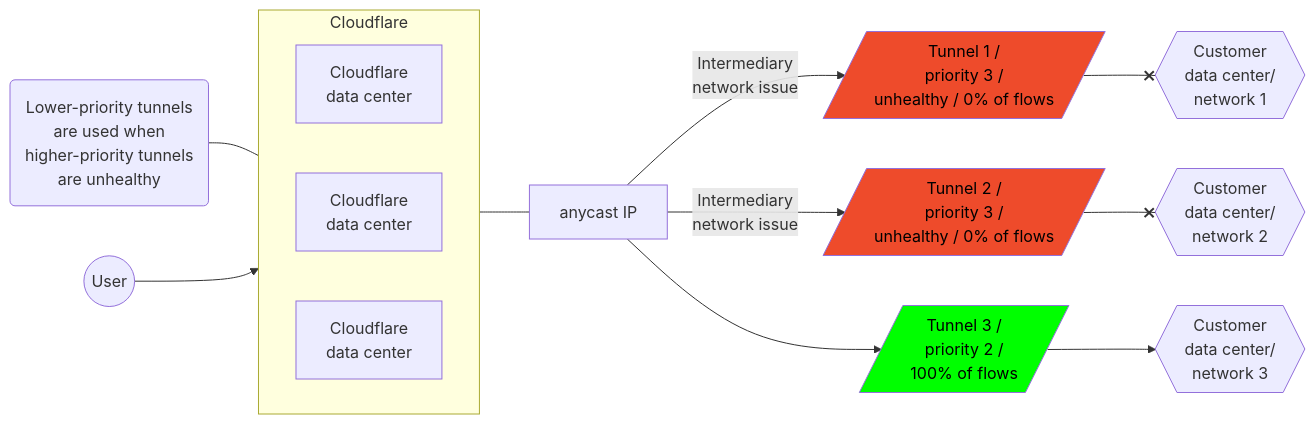
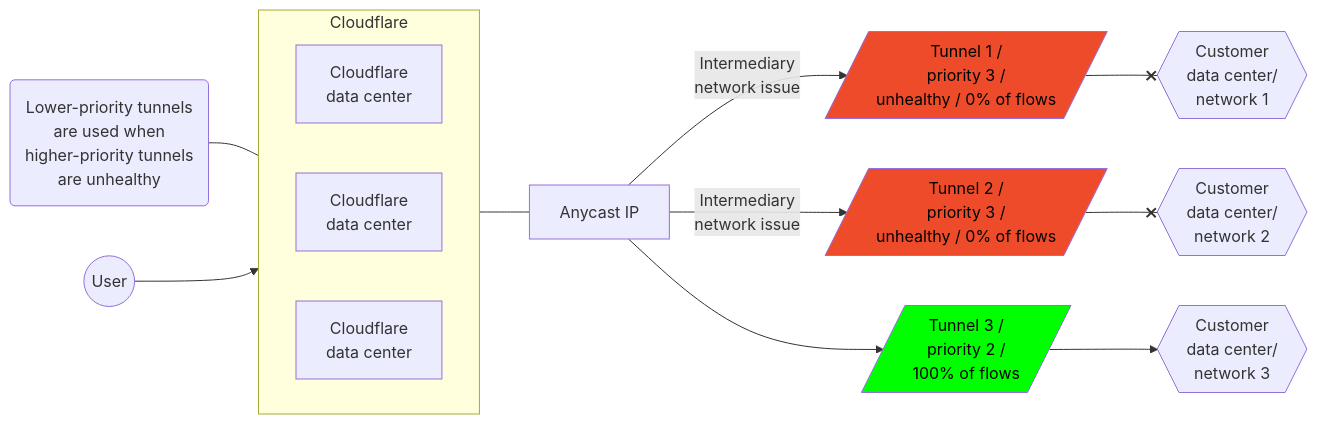
Before and after one commit to cloudflare/cloudflare-docs: the fourth of 4 diagrams in content/magic-transit/_partials/_traffic-steering.md, drawn with Mermaid. The commit also changed other lines of this file and 2 other files, not shown here.

````diff
--- a/content/magic-transit/_partials/_traffic-steering.md
+++ b/content/magic-transit/_partials/_traffic-steering.md
@@ -115,20 +115,20 @@
 ```mermaid
 flowchart LR
 accTitle: Tunnels diagram
 accDescr: This example has Tunnel 1 and 2 unhealthy, and all traffic prioritized to Tunnel 3.
 
 subgraph Cloudflare
 direction LR
 B[Cloudflare <br> data center]
 C[Cloudflare <br> data center]
 D[Cloudflare <br> data center]
 end
 
 Z(Lower-priority tunnels <br> are used when <br> higher-priority tunnels <br> are unhealthy) --- Cloudflare
-A((User)) --> Cloudflare --- E[anycast IP]
-E[anycast IP]  -- Intermediary <br> network issue -->  F[/Tunnel 1 / <br> priority 3 / <br> unhealthy / 0% of flows/]:::red --x I{{Customer <br> data center/ <br> network 1}}
-E[anycast IP]  -- Intermediary <br> network issue -->  G[/Tunnel 2 / <br> priority 3 / <br> unhealthy / 0% of flows/]:::red --x J{{Customer <br> data center/ <br> network 2}}
-E[anycast IP] -->  H[/Tunnel 3 / <br> priority 2 / <br> 100% of flows/]:::green --> K{{Customer <br> data center/ <br> network 3}}
+A((User)) --> Cloudflare --- E[Anycast IP]
+E[Anycast IP]  -- Intermediary <br> network issue -->  F[/Tunnel 1 / <br> priority 3 / <br> unhealthy / 0% of flows/]:::red --x I{{Customer <br> data center/ <br> network 1}}
+E[Anycast IP]  -- Intermediary <br> network issue -->  G[/Tunnel 2 / <br> priority 3 / <br> unhealthy / 0% of flows/]:::red --x J{{Customer <br> data center/ <br> network 2}}
+E[Anycast IP] -->  H[/Tunnel 3 / <br> priority 2 / <br> 100% of flows/]:::green --> K{{Customer <br> data center/ <br> network 3}}
 classDef red fill:#EE4B2B,color: black
 classDef green fill:#00FF00,color: black
 ```
````
